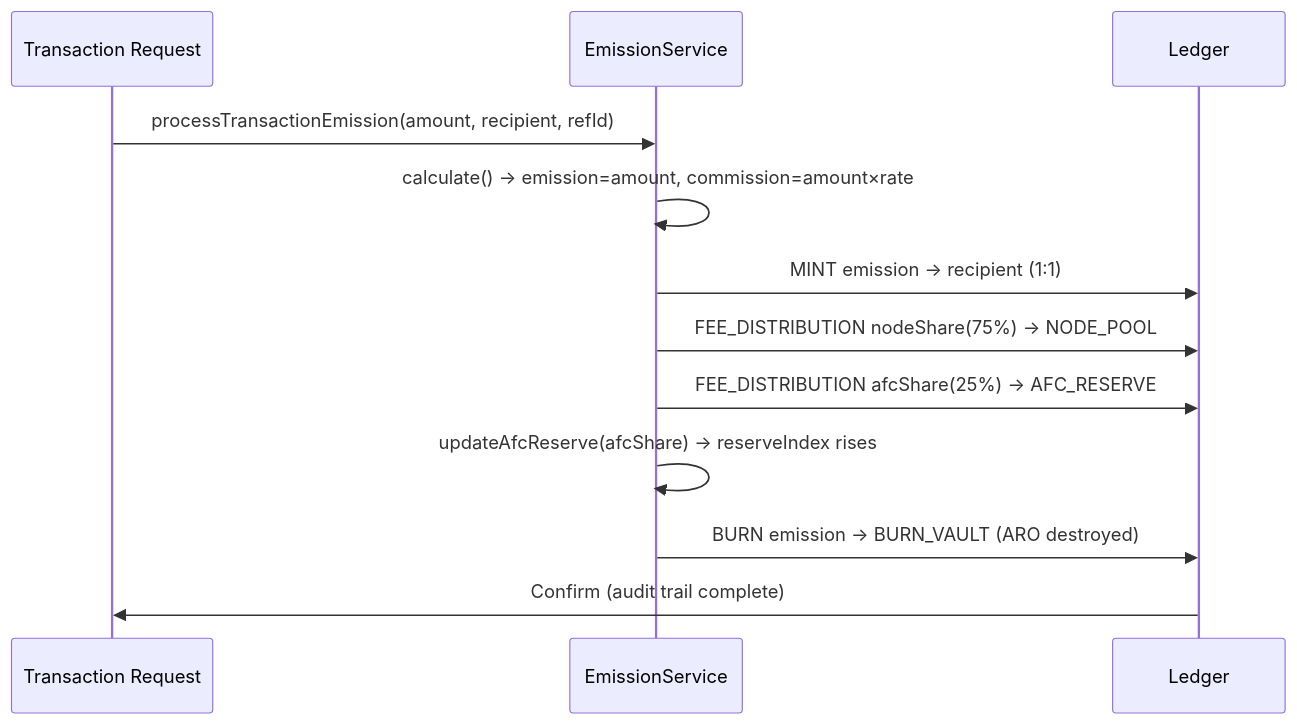
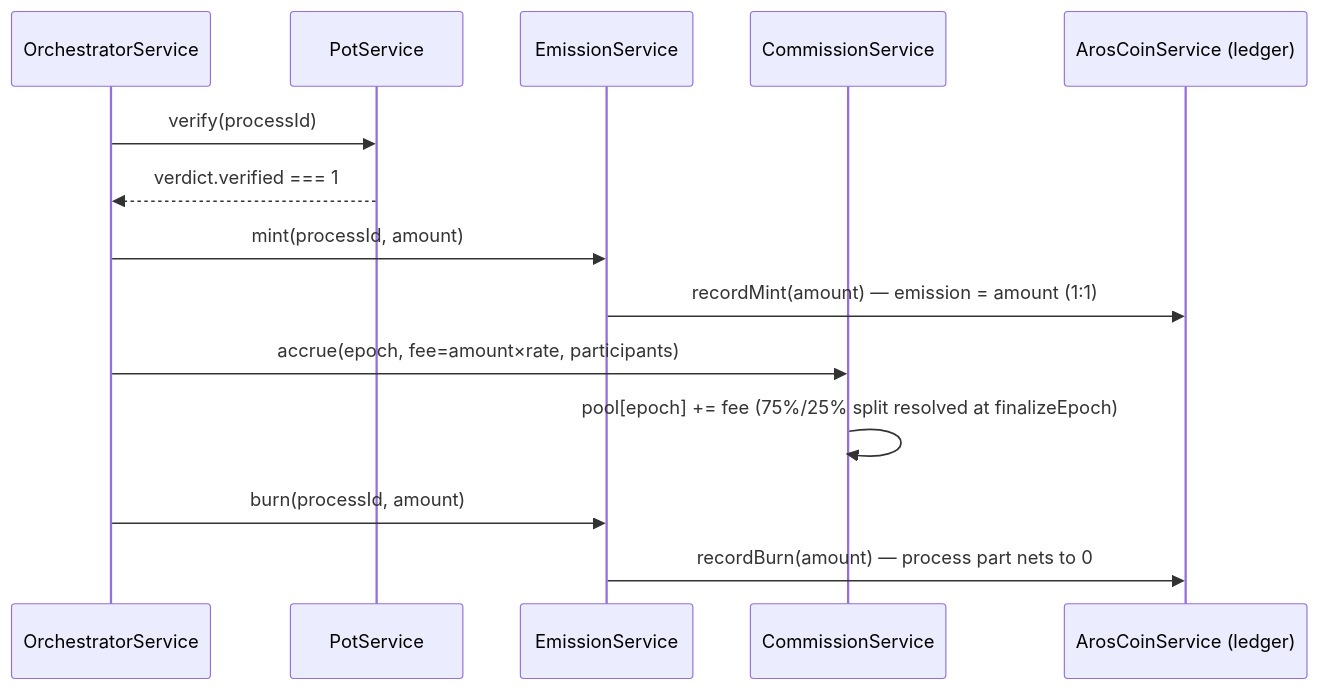
One commit to Aros-Technology-Studio/AST-Aros-Financial-Paradigm changed the diagram in 01_coin_engine/aro_emission_protocol.md. Above: the diagram before and after it, drawn with Mermaid. The commit also changed other lines of this file and 8 other files, not shown here.

````diff
--- a/01_coin_engine/aro_emission_protocol.md
+++ b/01_coin_engine/aro_emission_protocol.md
@@ -32,15 +32,17 @@
 ```mermaid
 sequenceDiagram
-    participant T as Transaction Request
+    participant O as OrchestratorService
+    participant P as PotService
     participant E as EmissionService
-    participant L as Ledger
+    participant C as CommissionService
+    participant L as ArosCoinService (ledger)
 
-    T->>E: processTransactionEmission(amount, recipient, refId)
-    E->>E: calculate() → emission=amount, commission=amount×rate
-    E->>L: MINT emission → recipient (1:1)
-    E->>L: FEE_DISTRIBUTION nodeShare(75%) → NODE_POOL
-    E->>L: FEE_DISTRIBUTION afcShare(25%) → AFC_RESERVE
-    E->>E: updateAfcReserve(afcShare) → reserveIndex rises
-    E->>L: BURN emission → BURN_VAULT (ARO destroyed)
-    L->>T: Confirm (audit trail complete)
+    O->>P: verify(processId)
+    P-->>O: verdict.verified === 1
+    O->>E: mint(processId, amount)
+    E->>L: recordMint(amount) — emission = amount (1:1)
+    O->>C: accrue(epoch, fee=amount×rate, participants)
+    C->>C: pool[epoch] += fee (75%/25% split resolved at finalizeEpoch)
+    O->>E: burn(processId, amount)
+    E->>L: recordBurn(amount) — process part nets to 0
 ```
````
